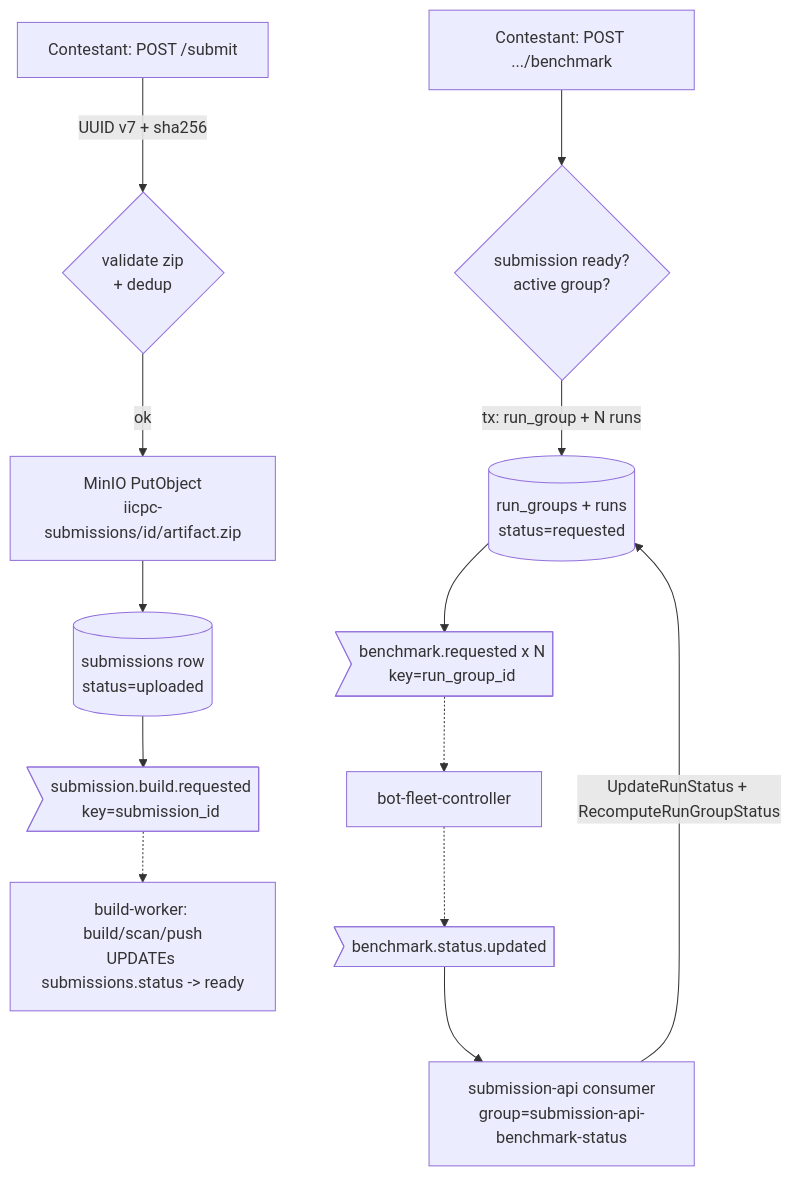
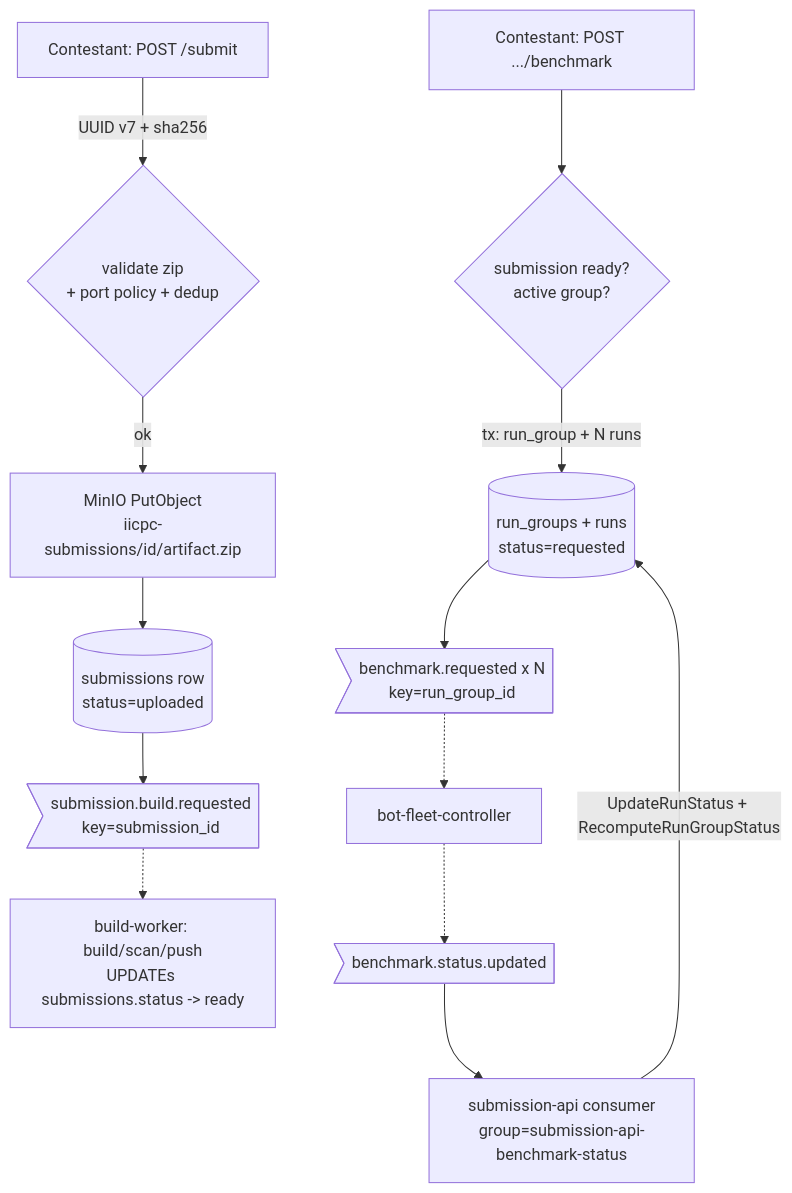
The fourth of 14 diagrams in docs/architecture/ARCHITECTURE.md (agrawalx/match-bench), drawn with Mermaid before and after one commit. The commit also changed other lines of this file and 1 other file, not shown here.

First line of the commit message:
docs:(architecture) full rewrite in plain documentation prose + multi-contestant audit

````diff
--- a/docs/architecture/ARCHITECTURE.md
+++ b/docs/architecture/ARCHITECTURE.md
@@ -788,15 +847,24 @@
 ```mermaid
 flowchart TD
-  C[Contestant: POST /submit] -->|UUID v7 + sha256| V{validate zip\n+ dedup}
-  V -->|ok| M[MinIO PutObject\niicpc-submissions/id/artifact.zip]
-  M --> P1[(submissions row\nstatus=uploaded)]
-  P1 --> K1>submission.build.requested\nkey=submission_id]
-  K1 -.-> BW[build-worker: build/scan/push\nUPDATEs submissions.status -> ready]
-  C2[Contestant: POST .../benchmark] --> G{submission ready?\nactive group?}
-  G -->|tx: run_group + N runs| P2[(run_groups + runs\nstatus=requested)]
-  P2 --> K2>benchmark.requested x N\nkey=run_group_id]
+  C[Contestant: POST /submit] -->|UUID v7 + sha256| V{validate zip
++ port policy + dedup}
+  V -->|ok| M[MinIO PutObject
+iicpc-submissions/id/artifact.zip]
+  M --> P1[(submissions row
+status=uploaded)]
+  P1 --> K1>submission.build.requested
+key=submission_id]
+  K1 -.-> BW[build-worker: build/scan/push
+UPDATEs submissions.status -> ready]
+  C2[Contestant: POST .../benchmark] --> G{submission ready?
+active group?}
+  G -->|tx: run_group + N runs| P2[(run_groups + runs
+status=requested)]
+  P2 --> K2>benchmark.requested x N
+key=run_group_id]
   K2 -.-> CT[bot-fleet-controller]
   CT -.-> K3>benchmark.status.updated]
-  K3 --> CONS[submission-api consumer\ngroup=submission-api-benchmark-status]
+  K3 --> CONS[submission-api consumer
+group=submission-api-benchmark-status]
   CONS -->|UpdateRunStatus + RecomputeRunGroupStatus| P2
 ```
````
